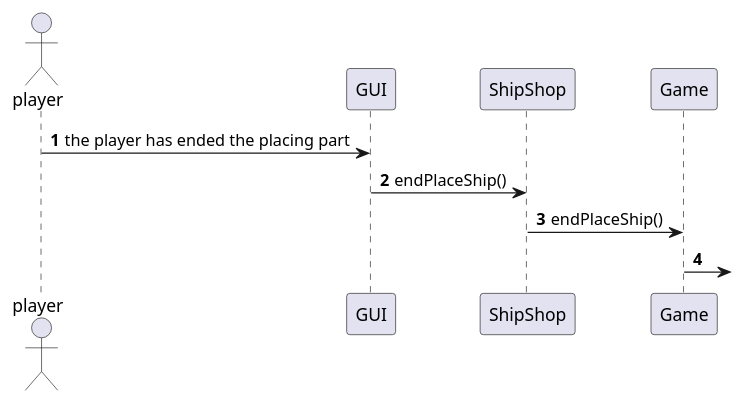
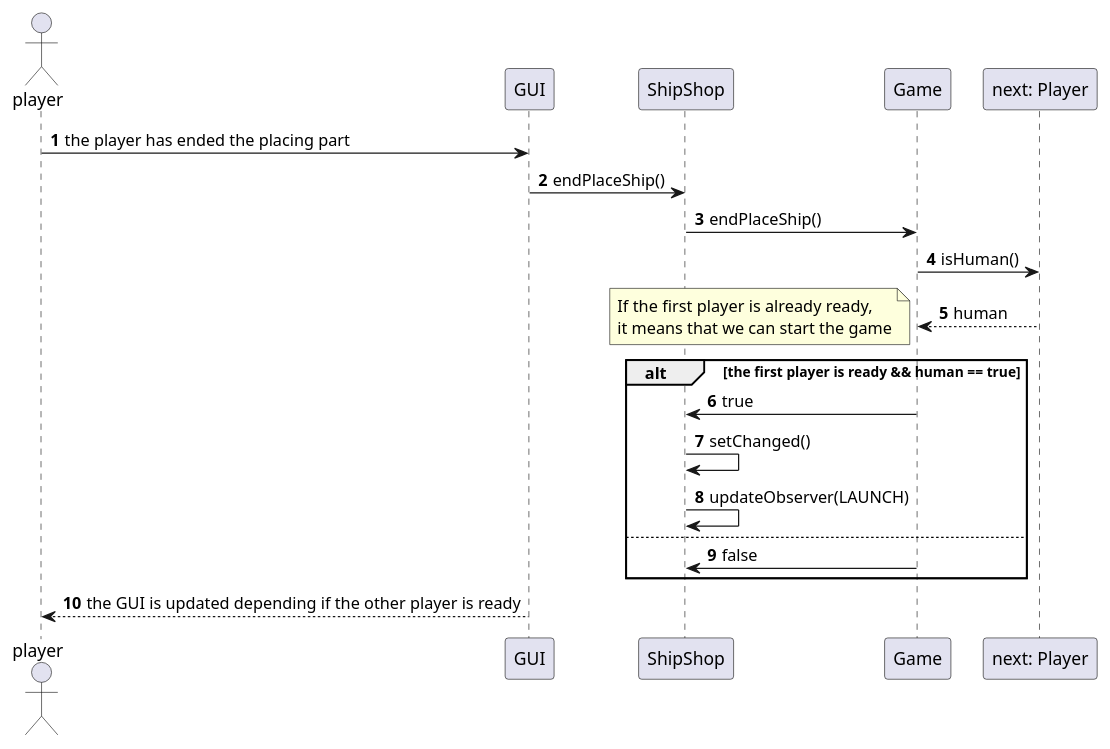
The diagram in doc/conception/pmul/sequence/endPlaceShip.puml (Reynault/ShipShop), drawn with PlantUML before and after one commit.

Commit message:
Adding endPlaceShip diagram which indicate how it works when the player finishes to place his ships.

```diff
--- a/doc/conception/pmul/sequence/endPlaceShip.puml
+++ b/doc/conception/pmul/sequence/endPlaceShip.puml
@@ -1,14 +1,39 @@
 @startuml
 
 autonumber
 actor player
 
 player -> GUI: the player has ended the placing part
 
 GUI -> ShipShop: endPlaceShip()
 
 ShipShop -> Game: endPlaceShip()
 
-Game ->
+Game -> "next: Player": isHuman()
+
+"next: Player" --> Game: human
+
+alt the first player is ready && human == true
+
+    note left
+        If the first player is already ready,
+        it means that we can start the game
+    end note
+
+    Game -> ShipShop : true
+
+    ShipShop -> ShipShop : setChanged()
+
+    ShipShop -> ShipShop : updateObserver(LAUNCH)
+
+else
+
+    Game -> ShipShop : false
+
+end
+
+GUI --> player : the GUI is updated depending if the other player is ready 
+
+
 
 @enduml
```
